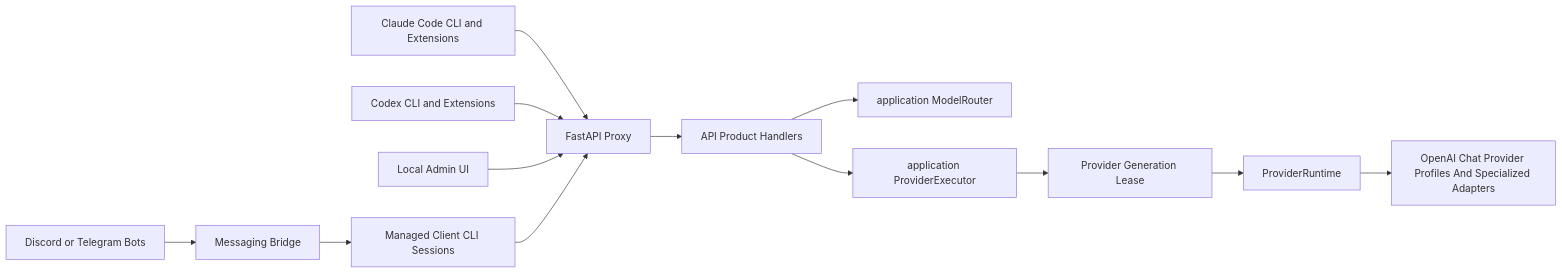
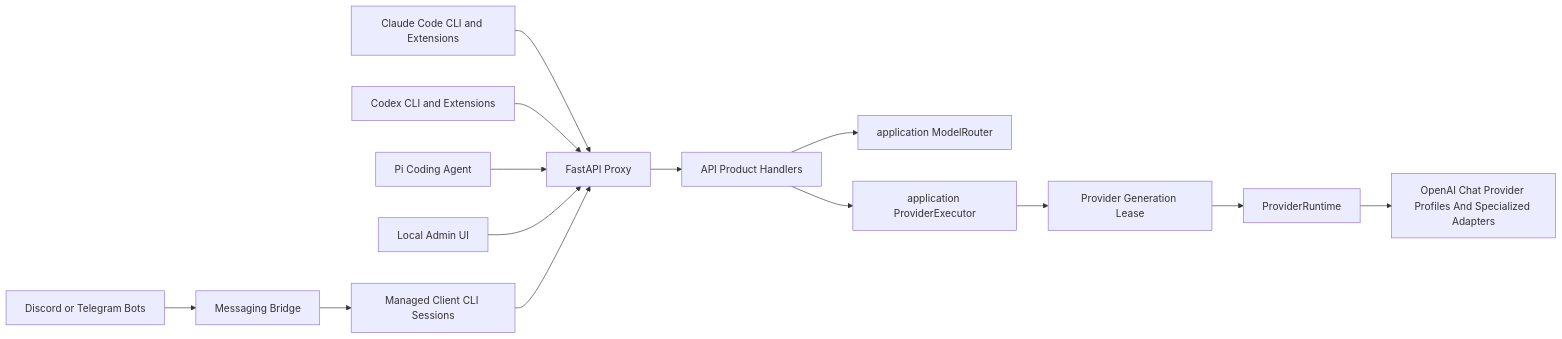
Before and after one commit to shinmentakezo07/shin07: the first of 3 diagrams in ARCHITECTURE.md, drawn with Mermaid. The commit also changed other lines of this file and 18 other files, not shown here.

````diff
--- a/ARCHITECTURE.md
+++ b/ARCHITECTURE.md
@@ -27,15 +27,16 @@
 ```mermaid
 flowchart LR
     ClaudeCode[Claude Code CLI and Extensions] --> ProxyAPI[FastAPI Proxy]
     Codex[Codex CLI and Extensions] --> ProxyAPI
+    Pi[Pi Coding Agent] --> ProxyAPI
     AdminUI[Local Admin UI] --> ProxyAPI
     Bots[Discord or Telegram Bots] --> Messaging[Messaging Bridge]
     Messaging --> ClientCLI[Managed Client CLI Sessions]
     ClientCLI --> ProxyAPI
     ProxyAPI --> Handlers[API Product Handlers]
     Handlers --> Router[application ModelRouter]
     Handlers --> Executor[application ProviderExecutor]
     Executor --> Lease[Provider Generation Lease]
     Lease --> Providers[ProviderRuntime]
     Providers --> OpenAIChat[OpenAI Chat Provider Profiles And Specialized Adapters]
 ```
````
